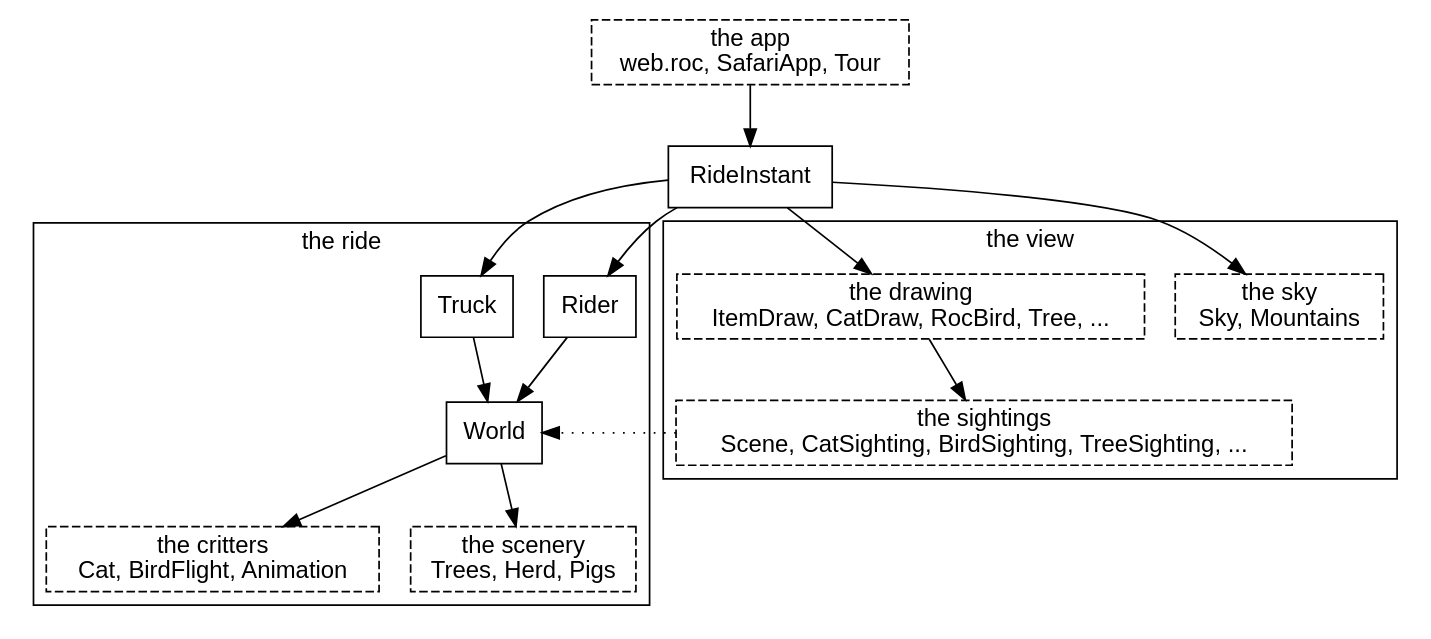
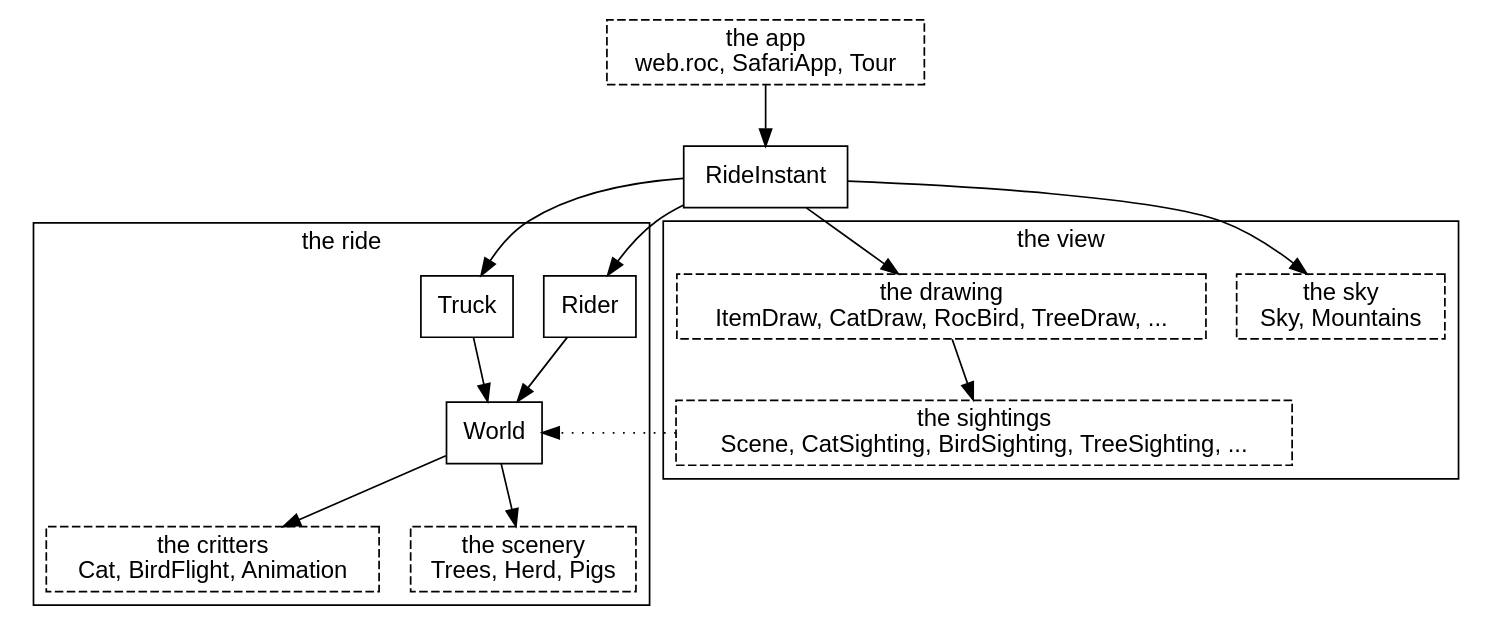
The second of 19 diagrams in canvas_apps/safari/tutorial/tutorial.md (showell/roc-apps), drawn with Graphviz before and after one commit. The commit also changed 4 other files, not shown here.

First line of the commit message:
safari: Tree becomes TreeDraw

````diff
--- a/canvas_apps/safari/tutorial/tutorial.md
+++ b/canvas_apps/safari/tutorial/tutorial.md
@@ -84,30 +84,30 @@
 ```dot
 digraph system {
   node [shape=box, fontname="Helvetica"];
   fontname="Helvetica";
   app [label="the app\nweb.roc, SafariApp, Tour", style=dashed];
   subgraph cluster_ride {
     label="the ride";
     Rider; Truck; World;
     critters [label="the critters\nCat, BirdFlight, Animation", style=dashed];
     scenery [label="the scenery\nTrees, Herd, Pigs", style=dashed];
   }
   subgraph cluster_view {
     label="the view";
     sky [label="the sky\nSky, Mountains", style=dashed];
-    drawing [label="the drawing\nItemDraw, CatDraw, RocBird, Tree, ...", style=dashed];
+    drawing [label="the drawing\nItemDraw, CatDraw, RocBird, TreeDraw, ...", style=dashed];
     sightings [label="the sightings\nScene, CatSighting, BirdSighting, TreeSighting, ...", style=dashed];
   }
   app -> RideInstant;
   RideInstant -> Rider;
   RideInstant -> Truck;
   Rider -> World;
   Truck -> World;
   World -> critters;
   World -> scenery;
   RideInstant -> sky;
   RideInstant -> drawing;
   drawing -> sightings;
   sightings -> World [style=dotted, constraint=false];
 }
 ```
````
